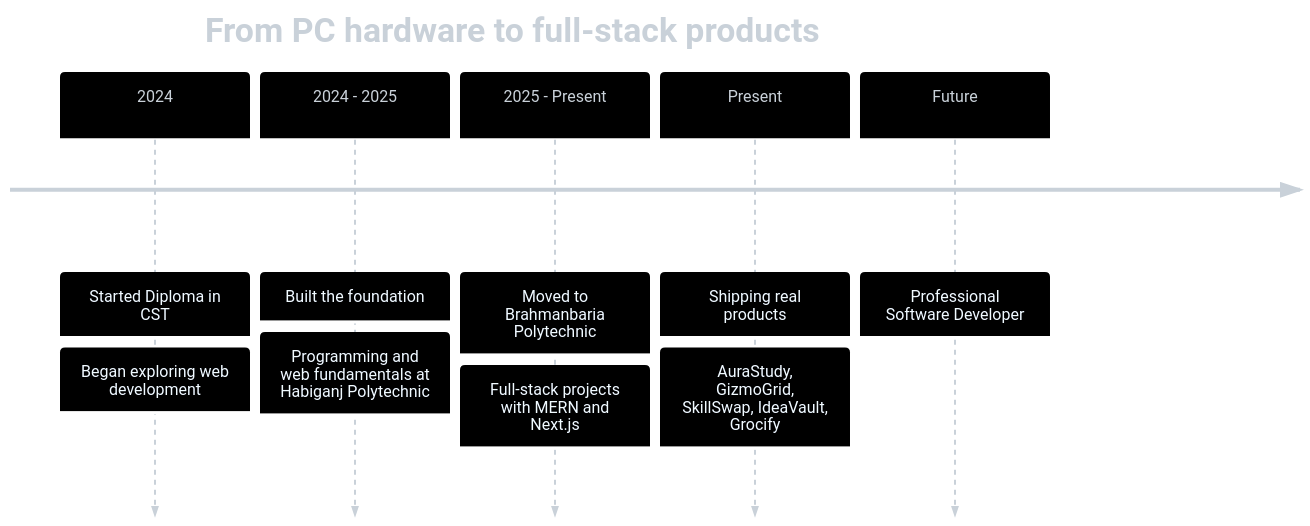
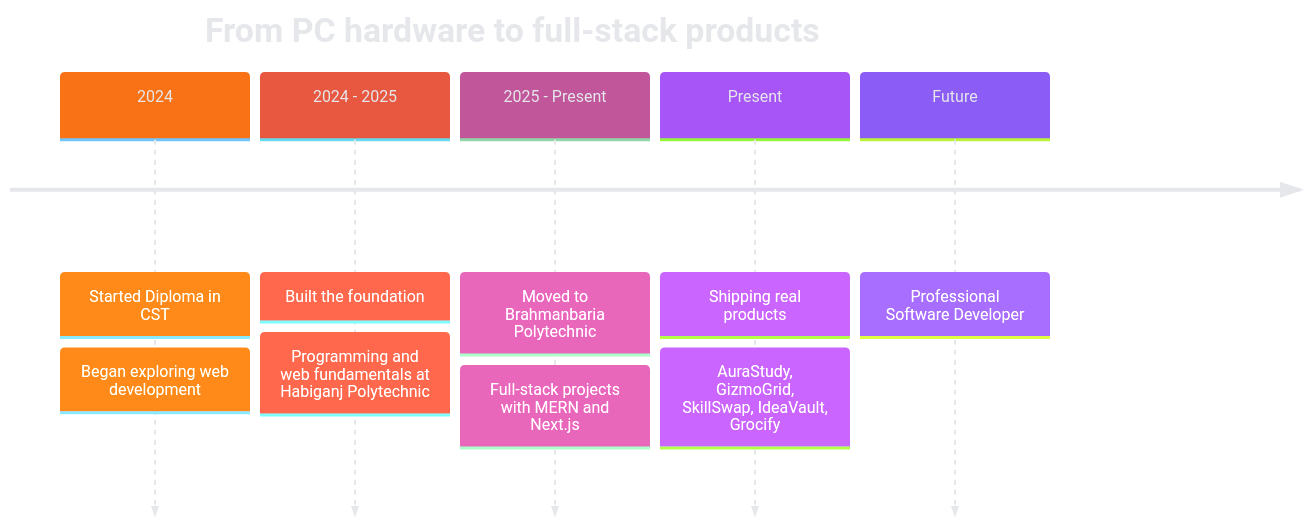
The diagram in README.md (SBHimel/SBHimel), drawn with Mermaid before and after one commit. The commit also changed other lines of this file, not shown here.

````diff
--- a/README.md
+++ b/README.md
@@ -184,10 +201,10 @@
 ```mermaid
-%%{init: {'theme':'base','themeVariables':{'primaryColor':'#0D1117','primaryTextColor':'#C9D1D9','primaryBorderColor':'#00C6FF','lineColor':'#7B2FF7','secondaryColor':'#161b22','tertiaryColor':'#0D1117'}}}%%
+%%{init: {'theme':'base','themeVariables':{'primaryColor':'#1A0F2E','primaryTextColor':'#E5E7EB','primaryBorderColor':'#F97316','lineColor':'#A855F7','secondaryColor':'#1A0F2E','tertiaryColor':'#0F0720','cScale0':'#F97316','cScale1':'#E8573F','cScale2':'#C2569B','cScale3':'#A855F7','cScale4':'#8B5CF6'}}}%%
 timeline
     title From PC hardware to full-stack products
     2024 : Started Diploma in CST : Began exploring web development
     2024 - 2025 : Built the foundation : Programming and web fundamentals at Habiganj Polytechnic
     2025 - Present : Moved to Brahmanbaria Polytechnic : Full-stack projects with MERN and Next.js
     Present : Shipping real products : AuraStudy, GizmoGrid, SkillSwap, IdeaVault, Grocify
     Future : Professional Software Developer
 ```
````
